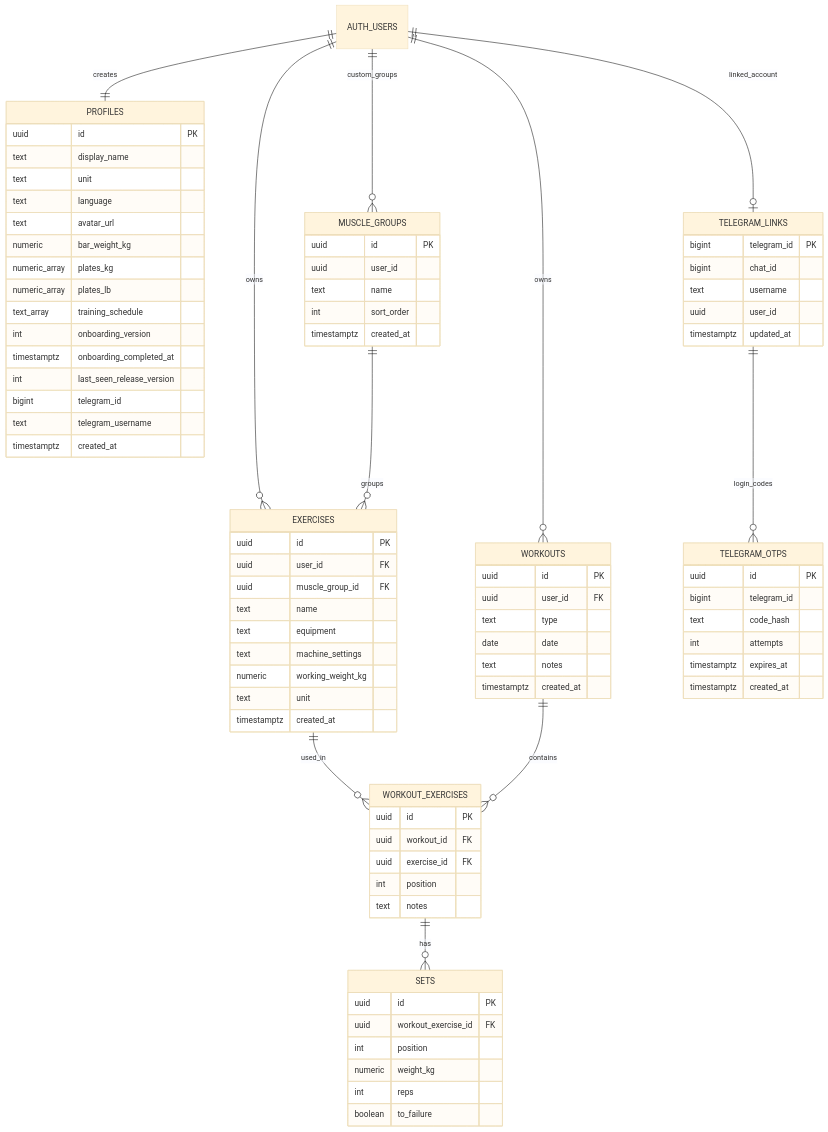
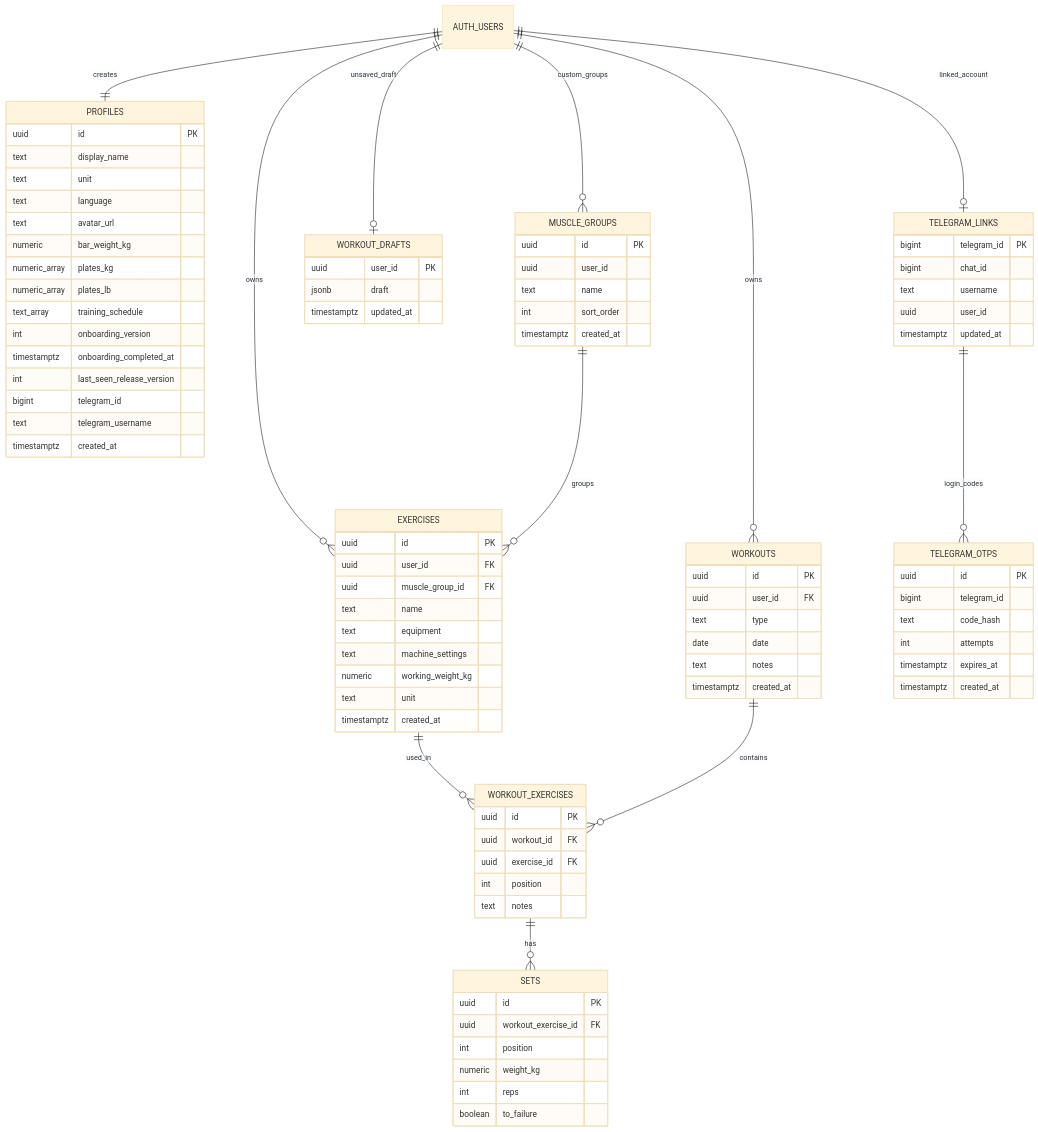
Before and after one commit to deepstructured/deep-gym: the second of 6 diagrams in docs/APP_SCHEMA_RU.md, drawn with Mermaid (base theme). The commit also changed other lines of this file and 132 other files, not shown here.

```diff
--- a/docs/APP_SCHEMA_RU.md
+++ b/docs/APP_SCHEMA_RU.md
@@ -213,6 +213,8 @@
   EXERCISES ||--o{ WORKOUT_EXERCISES : used_in
   WORKOUTS ||--o{ WORKOUT_EXERCISES : contains
   WORKOUT_EXERCISES ||--o{ SETS : has
+
+  AUTH_USERS ||--o| WORKOUT_DRAFTS : unsaved_draft
 
   AUTH_USERS ||--o| TELEGRAM_LINKS : linked_account
   TELEGRAM_LINKS ||--o{ TELEGRAM_OTPS : login_codes
@@ -281,6 +283,12 @@
     boolean to_failure
   }
 
+  WORKOUT_DRAFTS {
+    uuid user_id PK
+    jsonb draft
+    timestamptz updated_at
+  }
+
   TELEGRAM_LINKS {
     bigint telegram_id PK
     bigint chat_id
```
